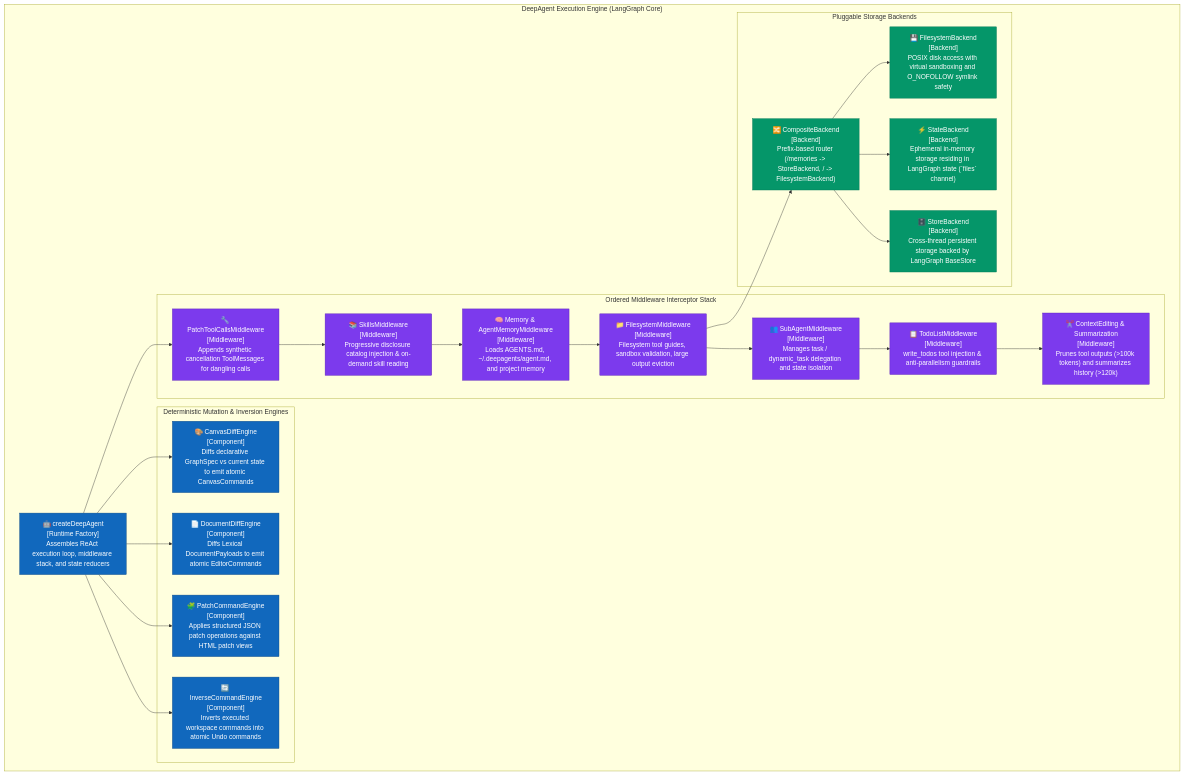
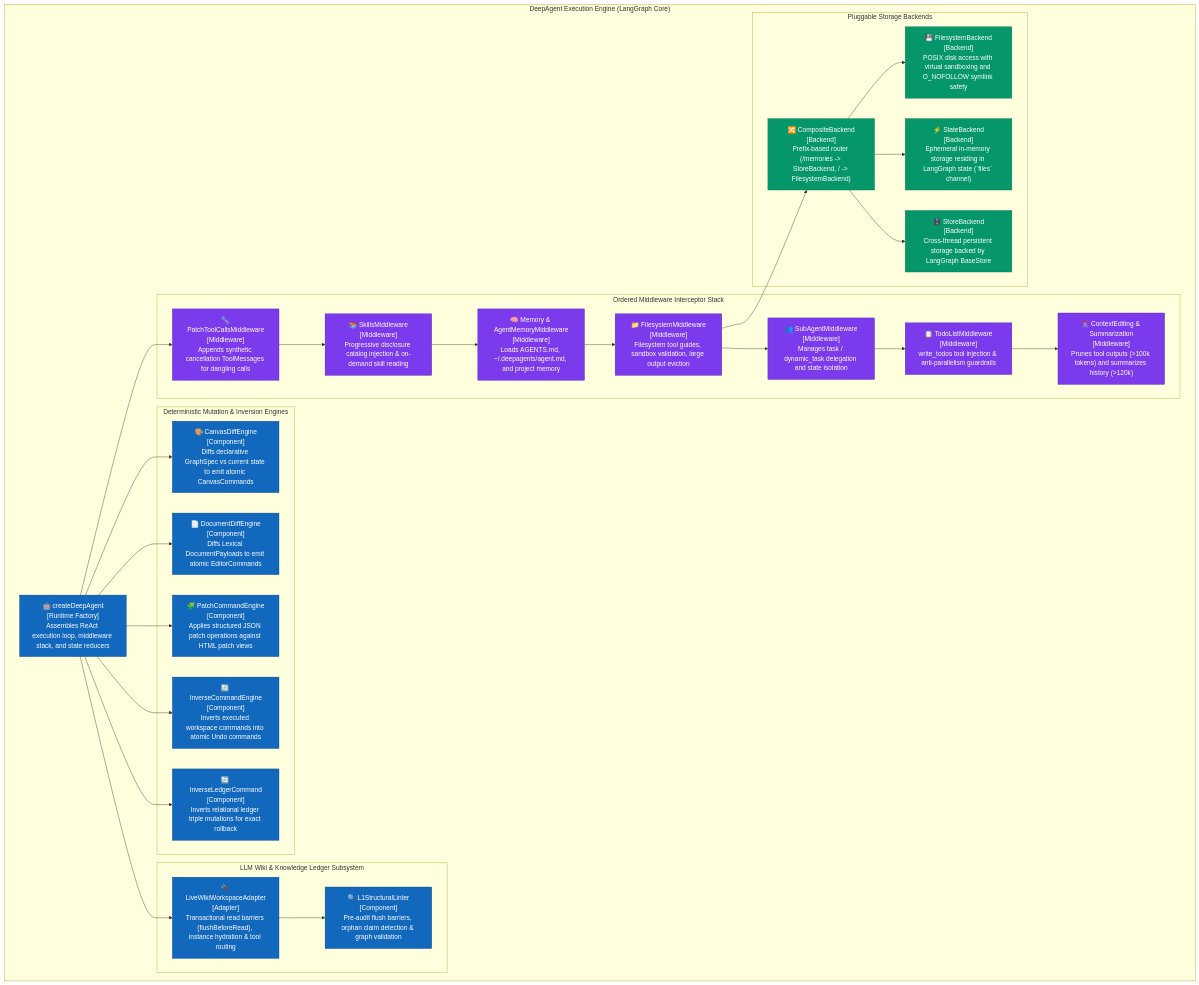
The diagram in docs/design-catalog/c3-components/component-agent-runtime.mmd (Goldwaterfung/Collaragent), drawn with Mermaid before and after one commit. The commit also changed 595 other files, not shown here.

Commit message:
ci: Refactor architecture to event-driven, eliminate hardcoded timeout

```diff
--- a/docs/design-catalog/c3-components/component-agent-runtime.mmd
+++ b/docs/design-catalog/c3-components/component-agent-runtime.mmd
@@ -1,53 +1,62 @@
 flowchart TB
     %% C3 Agent Runtime Styling
     classDef component fill:#1168bd,stroke:#0b4884,color:#fff;
     classDef middleware fill:#7c3aed,stroke:#5b21b6,color:#fff;
     classDef backend fill:#059669,stroke:#047857,color:#fff;
     classDef boundary fill:none,stroke:#94a3b8,stroke-width:2px,stroke-dasharray: 5 5;
 
     subgraph DeepAgentRuntime ["DeepAgent Execution Engine (LangGraph Core)"]
         
         DeepAgentFac["🤖 createDeepAgent<br/>[Runtime Factory]<br/>Assembles ReAct execution loop, middleware stack, and state reducers"]:::component
         
         subgraph MiddlewarePipeline ["Ordered Middleware Interceptor Stack"]
             PatchToolMW["🔧 PatchToolCallsMiddleware<br/>[Middleware]<br/>Appends synthetic cancellation ToolMessages for dangling calls"]:::middleware
             SkillsMW["📚 SkillsMiddleware<br/>[Middleware]<br/>Progressive disclosure catalog injection & on-demand skill reading"]:::middleware
             MemoryMW["🧠 Memory & AgentMemoryMiddleware<br/>[Middleware]<br/>Loads AGENTS.md, ~/.deepagents/agent.md, and project memory"]:::middleware
             FSMiddleware["📁 FilesystemMiddleware<br/>[Middleware]<br/>Filesystem tool guides, sandbox validation, large output eviction"]:::middleware
             SubAgentMW["👥 SubAgentMiddleware<br/>[Middleware]<br/>Manages task / dynamic_task delegation and state isolation"]:::middleware
             TodoMW["📋 TodoListMiddleware<br/>[Middleware]<br/>write_todos tool injection & anti-parallelism guardrails"]:::middleware
             ContextMW["✂️ ContextEditing & Summarization<br/>[Middleware]<br/>Prunes tool outputs (>100k tokens) and summarizes history (>120k)"]:::middleware
         end
 
         subgraph DiffAndPatchEngines ["Deterministic Mutation & Inversion Engines"]
             CanvasDiff["🎨 CanvasDiffEngine<br/>[Component]<br/>Diffs declarative GraphSpec vs current state to emit atomic CanvasCommands"]:::component
             DocDiff["📄 DocumentDiffEngine<br/>[Component]<br/>Diffs Lexical DocumentPayloads to emit atomic EditorCommands"]:::component
             PatchEngine["🧩 PatchCommandEngine<br/>[Component]<br/>Applies structured JSON patch operations against HTML patch views"]:::component
             InverseEngine["🔄 InverseCommandEngine<br/>[Component]<br/>Inverts executed workspace commands into atomic Undo commands"]:::component
+            InverseLedger["🔄 InverseLedgerCommand<br/>[Component]<br/>Inverts relational ledger triple mutations for exact rollback"]:::component
+        end
+
+        subgraph WikiAndLedgerSubsystem ["LLM Wiki & Knowledge Ledger Subsystem"]
+            WikiAdapter["🔌 LiveWikiWorkspaceAdapter<br/>[Adapter]<br/>Transactional read barriers (flushBeforeRead), instance hydration & tool routing"]:::component
+            StructuralLinter["🔍 L1StructuralLinter<br/>[Component]<br/>Pre-audit flush barriers, orphan claim detection & graph validation"]:::component
         end
 
         subgraph StorageBackends ["Pluggable Storage Backends"]
             CompositeBE["🔀 CompositeBackend<br/>[Backend]<br/>Prefix-based router (/memories -> StoreBackend, / -> FilesystemBackend)"]:::backend
             FSBackend["💾 FilesystemBackend<br/>[Backend]<br/>POSIX disk access with virtual sandboxing and O_NOFOLLOW symlink safety"]:::backend
             StateBE["⚡ StateBackend<br/>[Backend]<br/>Ephemeral in-memory storage residing in LangGraph state (`files` channel)"]:::backend
             StoreBE["🗄️ StoreBackend<br/>[Backend]<br/>Cross-thread persistent storage backed by LangGraph BaseStore"]:::backend
         end
     end
 
     DeepAgentFac --> PatchToolMW
     PatchToolMW --> SkillsMW
     SkillsMW --> MemoryMW
     MemoryMW --> FSMiddleware
     FSMiddleware --> SubAgentMW
     SubAgentMW --> TodoMW
     TodoMW --> ContextMW
     
     FSMiddleware --> CompositeBE
     CompositeBE --> FSBackend
     CompositeBE --> StateBE
     CompositeBE --> StoreBE
 
     DeepAgentFac --> CanvasDiff
     DeepAgentFac --> DocDiff
     DeepAgentFac --> PatchEngine
     DeepAgentFac --> InverseEngine
+    DeepAgentFac --> InverseLedger
+    DeepAgentFac --> WikiAdapter
+    WikiAdapter --> StructuralLinter
```
